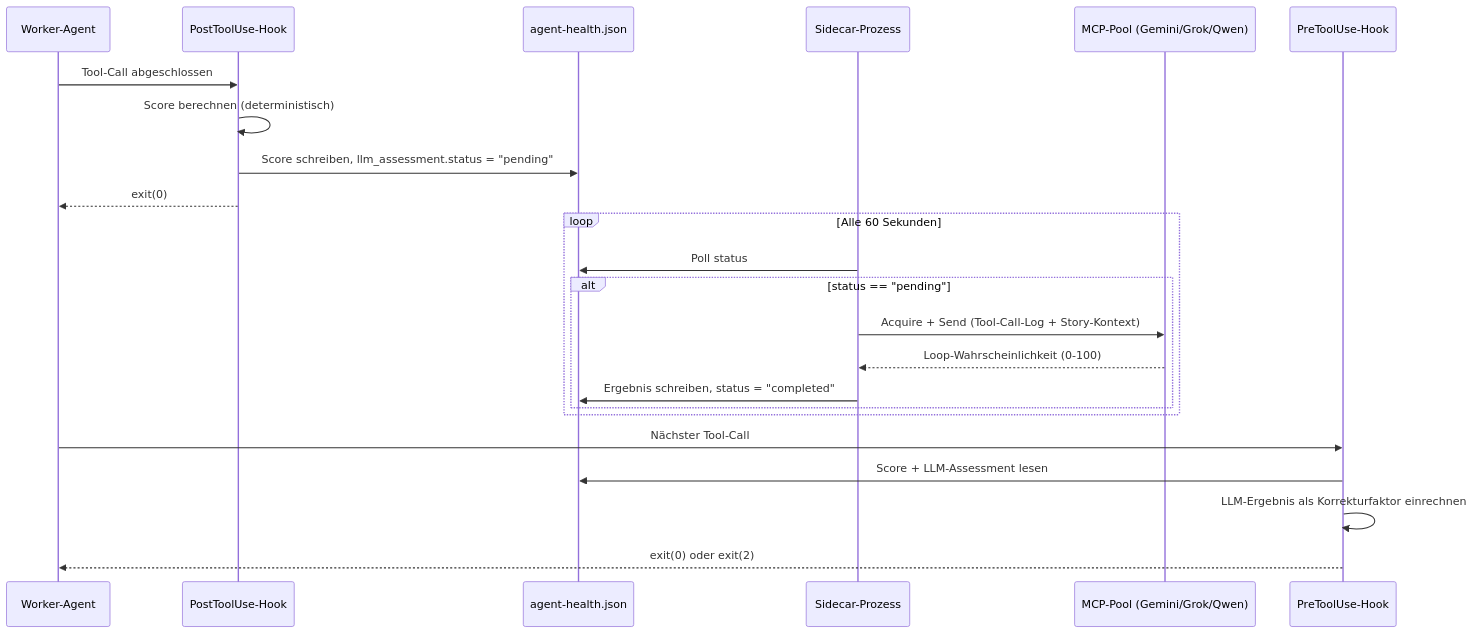
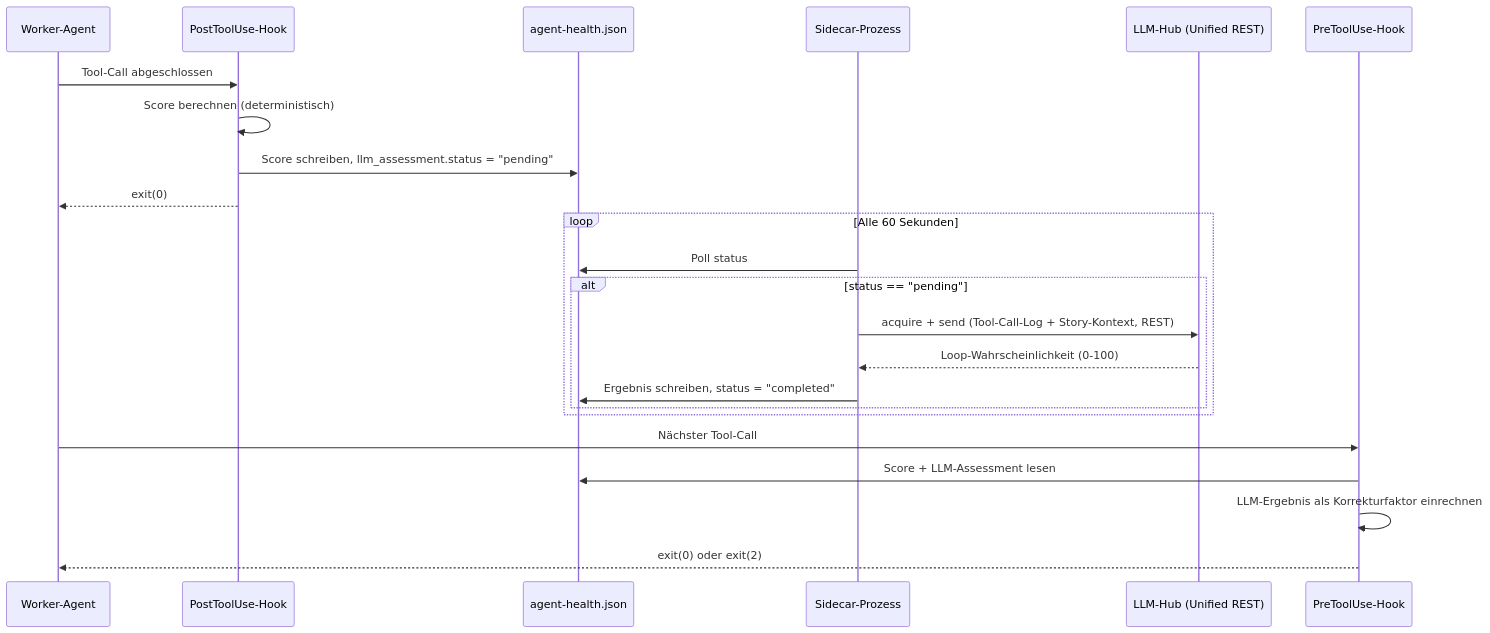
Before and after one commit to saltenhof/claude-agentkit3: the diagram in concept/technical-design/49_worker_health_monitor.md, drawn with Mermaid. The commit also changed other lines of this file and 2 other files, not shown here.

Commit message:
Fix 3 old+new parallel-model errors from the Hub recast
- FK-49: the LLM-Assessment sidecar is code-driven (Track B) but routed
  via MCP-Pool; route it via the Hub Unified REST (FK-11 §11.1.1 / FK-10
  §10.1.4). Frontmatter scope/reason corrected; worker-facing sparring
  message (Track A) kept on MCP, de-pooled wording only.
- FK-07: delete the LlmPoolAdapter component row that sat in parallel to
  MultiLlmHubClient (the "old and new model side by side" anti-pattern).
- FK-01: rewrite the leftover "Hub interface = MCP only" paragraph that
  contradicted the table above it (REST + MCP) and FK-11 §11.2.1.

````diff
--- a/concept/technical-design/49_worker_health_monitor.md
+++ b/concept/technical-design/49_worker_health_monitor.md
@@ -270,28 +270,28 @@
 ```mermaid
 sequenceDiagram
     participant W as Worker-Agent
     participant POST as PostToolUse-Hook
     participant FS as agent-health.json
     participant SC as Sidecar-Prozess
-    participant MCP as MCP-Pool (Gemini/Grok/Qwen)
+    participant HUB as LLM-Hub (Unified REST)
     participant PRE as PreToolUse-Hook
 
     W->>POST: Tool-Call abgeschlossen
     POST->>POST: Score berechnen (deterministisch)
     POST->>FS: Score schreiben, llm_assessment.status = "pending"
     POST-->>W: exit(0)
 
     loop Alle 60 Sekunden
         SC->>FS: Poll status
         alt status == "pending"
-            SC->>MCP: Acquire + Send (Tool-Call-Log + Story-Kontext)
-            MCP-->>SC: Loop-Wahrscheinlichkeit (0-100)
+            SC->>HUB: acquire + send (Tool-Call-Log + Story-Kontext, REST)
+            HUB-->>SC: Loop-Wahrscheinlichkeit (0-100)
             SC->>FS: Ergebnis schreiben, status = "completed"
         end
     end
 
     W->>PRE: Nächster Tool-Call
     PRE->>FS: Score + LLM-Assessment lesen
     PRE->>PRE: LLM-Ergebnis als Korrekturfaktor einrechnen
     PRE-->>W: exit(0) oder exit(2)
 ```
````
